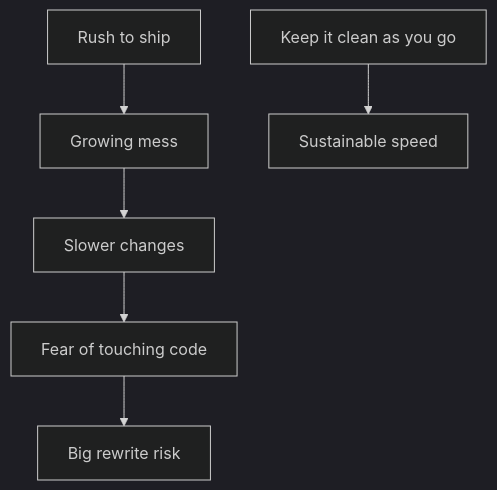
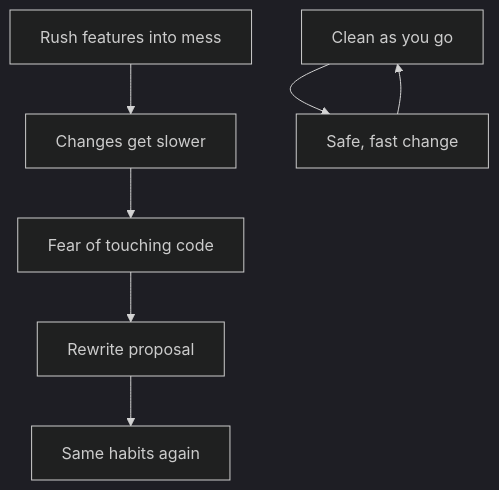
Before and after one commit to pmagnomuller/pmagnomuller.github.io: the first of 2 diagrams in _cleancode/ch01-clean-code.md, drawn with Mermaid (dark theme). The commit also changed other lines of this file and 28 other files, not shown here.

````diff
--- a/_cleancode/ch01-clean-code.md
+++ b/_cleancode/ch01-clean-code.md
@@ -25,8 +37,9 @@
 ```mermaid
 flowchart TD
-  Rush[Rush to ship] --> Mess[Growing mess]
-  Mess --> Slow[Slower changes]
+  Rush[Rush features into mess] --> Slow[Changes get slower]
   Slow --> Fear[Fear of touching code]
-  Fear --> Rewrite[Big rewrite risk]
-  Care[Keep it clean as you go] --> Fast[Sustainable speed]
+  Fear --> Rewrite[Rewrite proposal]
+  Rewrite --> Same[Same habits again]
+  Care[Clean as you go] --> Confidence[Safe, fast change]
+  Confidence --> Care
 ```
````
